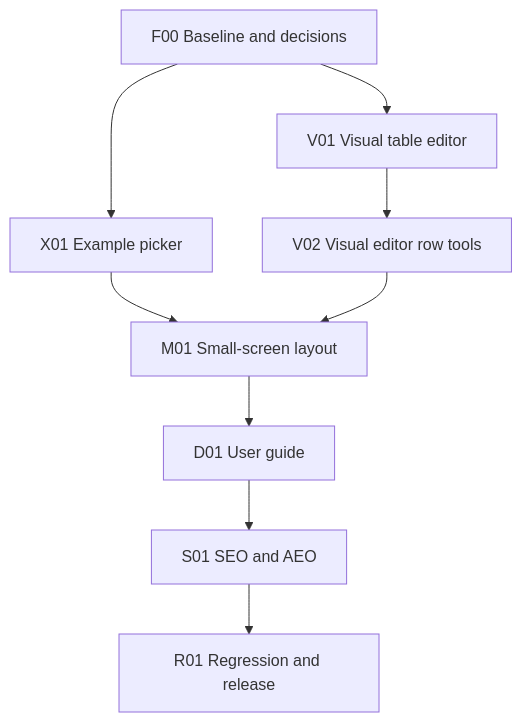
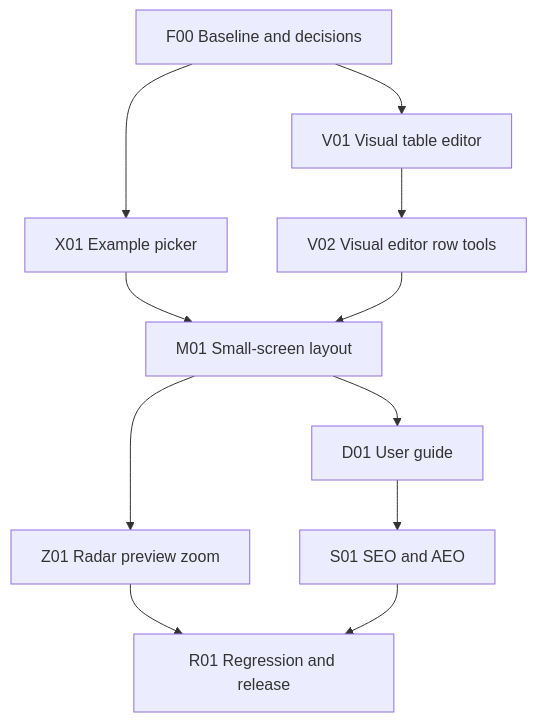
The diagram in architecture/features/build-plan.md (mightora/radar.mightora.io), drawn with Mermaid before and after one commit. The commit also changed other lines of this file and 4 other files, not shown here.

````diff
--- a/architecture/features/build-plan.md
+++ b/architecture/features/build-plan.md
@@ -32,11 +33,13 @@
 ```mermaid
 flowchart TD
     F00[F00 Baseline and decisions] --> X01[X01 Example picker]
     F00 --> V01[V01 Visual table editor]
     V01 --> V02[V02 Visual editor row tools]
     X01 --> M01[M01 Small-screen layout]
     V02 --> M01
+    M01 --> Z01[Z01 Radar preview zoom]
     M01 --> D01[D01 User guide]
     D01 --> S01[S01 SEO and AEO]
-    S01 --> R01[R01 Regression and release]
+    Z01 --> R01[R01 Regression and release]
+    S01 --> R01
 ```
````
